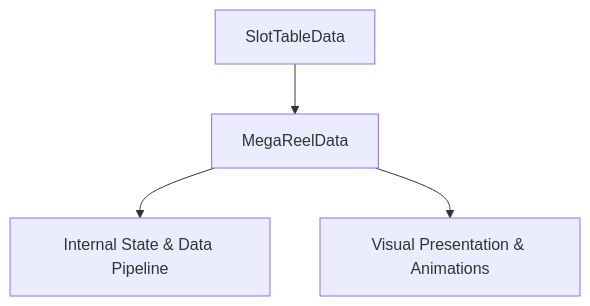
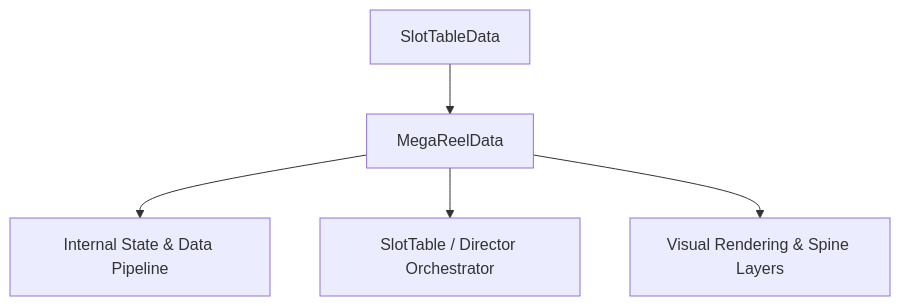
One commit to lam-ark/mcp-fwcc changed the diagram in docs/cc_slot_mechanics/modules/MegaReelData/01_overview/01_architecture_and_role.md. Above: the diagram before and after it, drawn with Mermaid. The commit also changed other lines of this file and 2509 other files, not shown here.

````diff
--- a/docs/cc_slot_mechanics/modules/MegaReelData/01_overview/01_architecture_and_role.md
+++ b/docs/cc_slot_mechanics/modules/MegaReelData/01_overview/01_architecture_and_role.md
@@ -18,6 +24,7 @@
 ```mermaid
 graph TD
-    Parent[SlotTableData] --> Mod[MegaReelData]
-    Mod --> State[Internal State & Data Pipeline]
-    Mod --> Render[Visual Presentation & Animations]
+    SuperClass[SlotTableData] --> TargetClass[MegaReelData]
+    TargetClass --> DataPipeline[Internal State & Data Pipeline]
+    TargetClass --> Orchestrator[SlotTable / Director Orchestrator]
+    TargetClass --> ViewLayer[Visual Rendering & Spine Layers]
 ```
````
